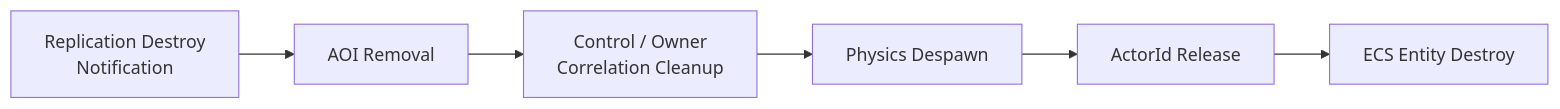
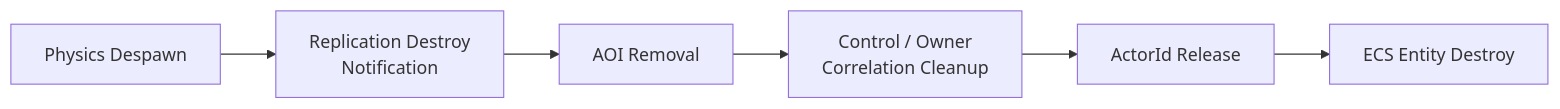
Before and after one commit to akxotjr/akxotjr.github.io: the fifth of 5 diagrams in content/Projects/Jam/Game World/02. Actor Lifecycle and Control.md, drawn with Mermaid. The commit also changed other lines of this file and 34 other files, not shown here.

````diff
--- a/content/Projects/Jam/Game World/02. Actor Lifecycle and Control.md
+++ b/content/Projects/Jam/Game World/02. Actor Lifecycle and Control.md
@@ -133,11 +133,11 @@
 ```mermaid
 
 flowchart LR
 
+    Physics["Physics Despawn"] -->
     Notify["Replication Destroy<br/>Notification"] --> 
     AOI["AOI Removal"] --> 
     Control["Control / Owner<br/>Correlation Cleanup"] --> 
-    Physics["Physics Despawn"] --> 
     Release["ActorId Release"] --> 
     Destroy["ECS Entity Destroy"]
 ```
````
